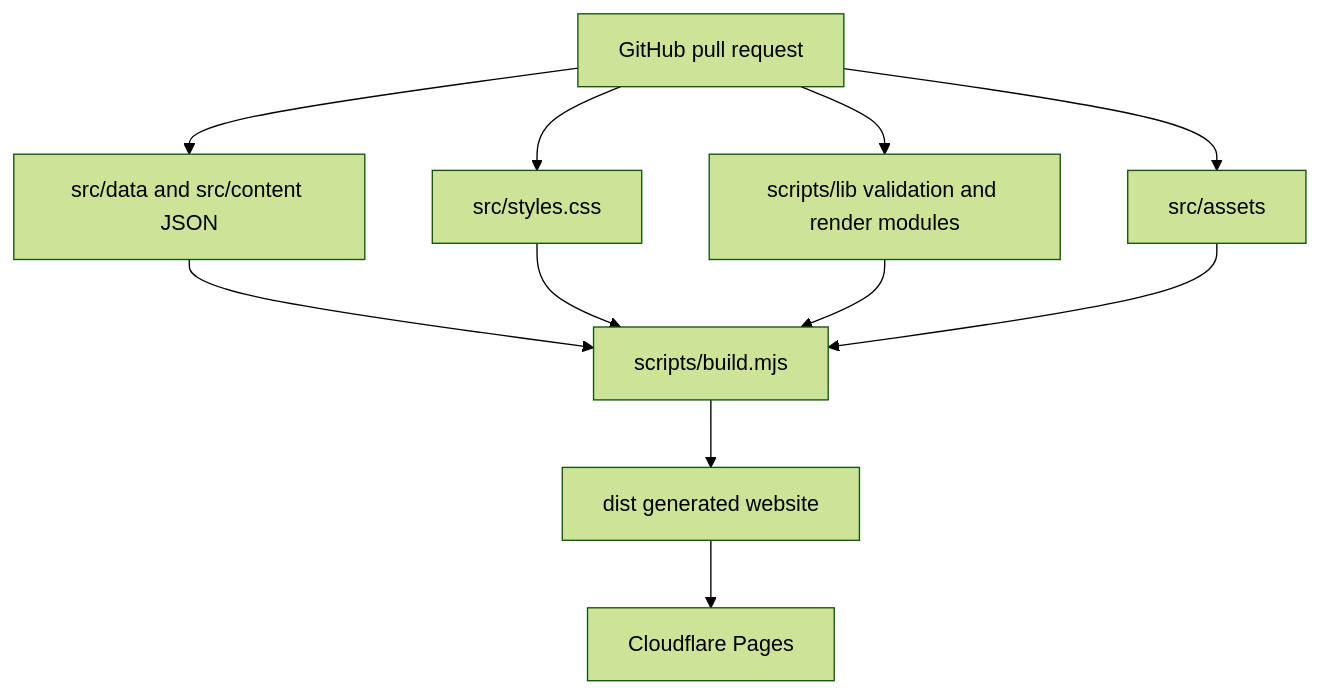
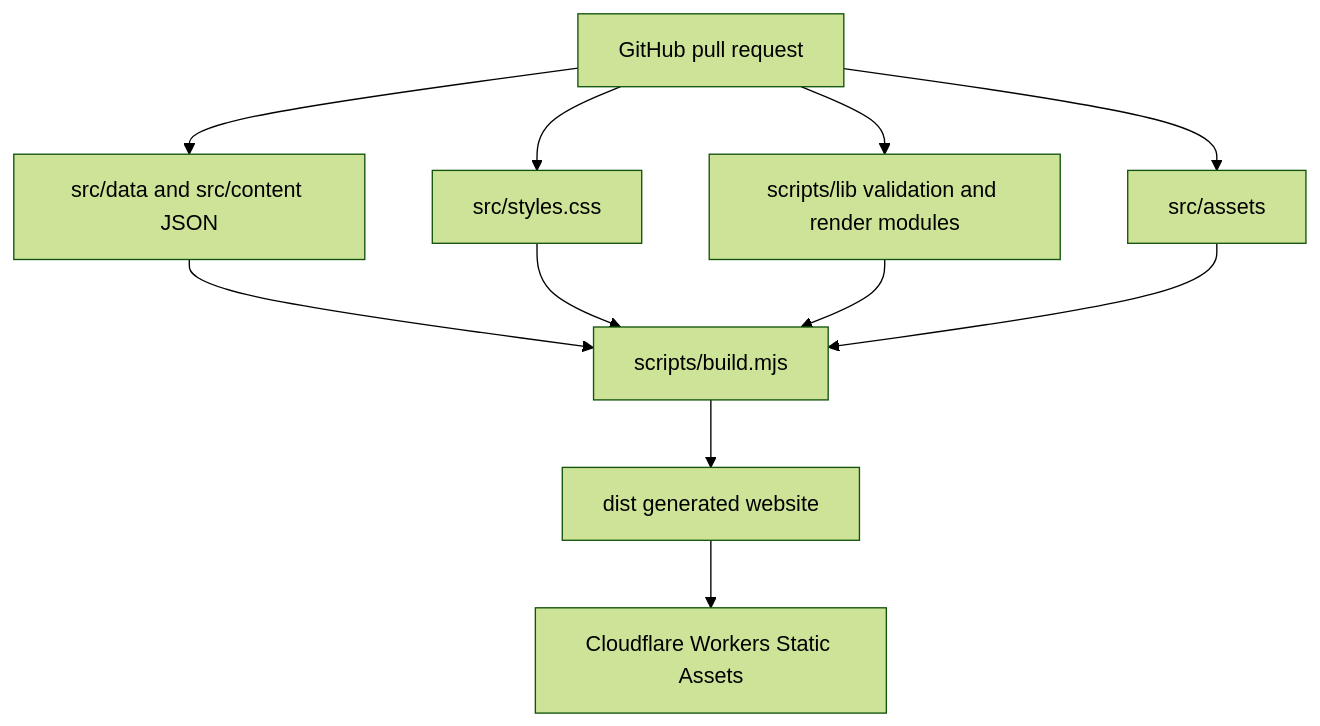
The diagram in docs/architecture.md (cpesramos/hiligaynon101), drawn with Mermaid (forest theme) before and after one commit. The commit also changed other lines of this file and 19 other files, not shown here.

````diff
--- a/docs/architecture.md
+++ b/docs/architecture.md
@@ -16,13 +16,13 @@
 ```mermaid
 flowchart TD
   A["src/data and src/content JSON"] --> B["scripts/build.mjs"]
   C["src/styles.css"] --> B
   G["scripts/lib validation and render modules"] --> B
   H["src/assets"] --> B
   B --> D["dist generated website"]
-  D --> E["Cloudflare Pages"]
+  D --> E["Cloudflare Workers Static Assets"]
   F["GitHub pull request"] --> A
   F --> C
   F --> G
   F --> H
 ```
````
